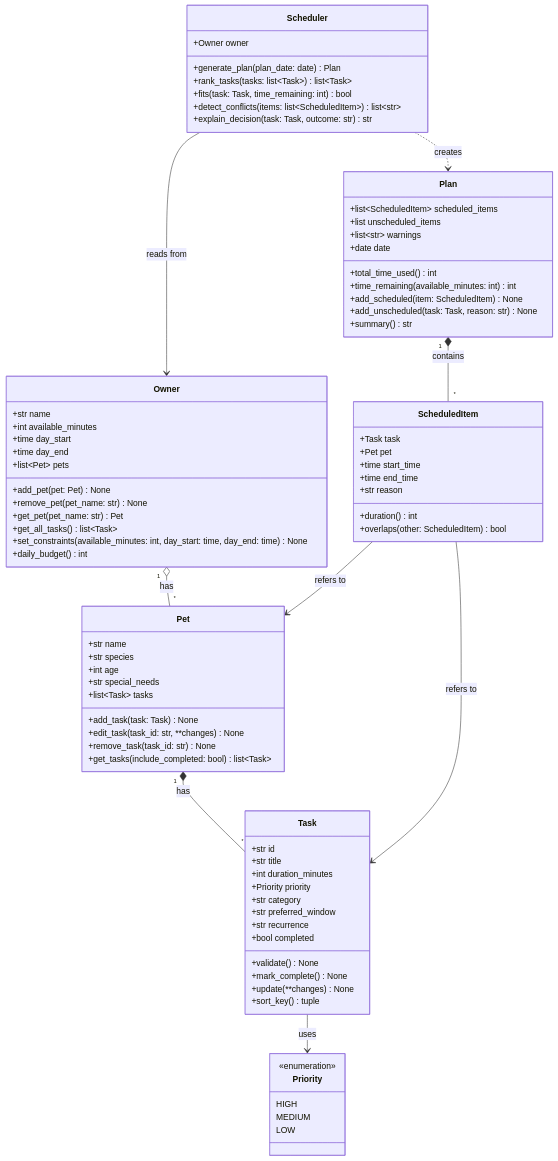
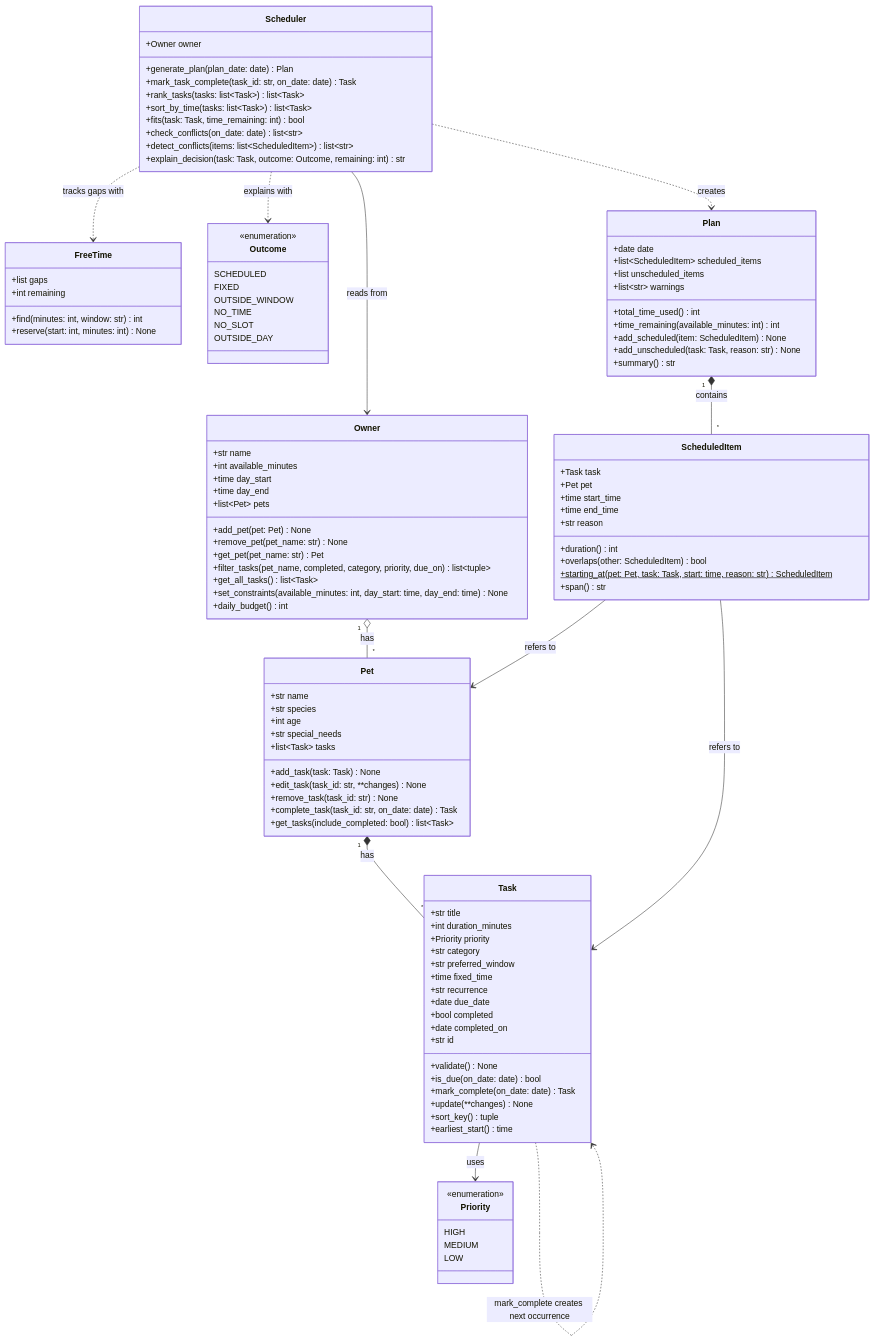
Before and after one commit to afeawoL/ai110-module2show-pawpal-starter: the diagram in diagrams/uml.mmd, drawn with Mermaid. The commit also changed 7 other files, not shown here.

```diff
--- a/diagrams/uml.mmd
+++ b/diagrams/uml.mmd
@@ -1,90 +1,122 @@
 classDiagram
     %% Keep this file updated so it matches your final implementation.
 
     class Owner {
         +str name
         +int available_minutes
         +time day_start
         +time day_end
         +list~Pet~ pets
         +add_pet(pet: Pet) None
         +remove_pet(pet_name: str) None
         +get_pet(pet_name: str) Pet
+        +filter_tasks(pet_name, completed, category, priority, due_on) list~tuple~
         +get_all_tasks() list~Task~
         +set_constraints(available_minutes: int, day_start: time, day_end: time) None
         +daily_budget() int
     }
 
     class Pet {
         +str name
         +str species
         +int age
         +str special_needs
         +list~Task~ tasks
         +add_task(task: Task) None
         +edit_task(task_id: str, **changes) None
         +remove_task(task_id: str) None
+        +complete_task(task_id: str, on_date: date) Task
         +get_tasks(include_completed: bool) list~Task~
     }
 
     class Task {
-        +str id
         +str title
         +int duration_minutes
         +Priority priority
         +str category
         +str preferred_window
+        +time fixed_time
         +str recurrence
+        +date due_date
         +bool completed
+        +date completed_on
+        +str id
         +validate() None
-        +mark_complete() None
+        +is_due(on_date: date) bool
+        +mark_complete(on_date: date) Task
         +update(**changes) None
         +sort_key() tuple
+        +earliest_start() time
     }
 
     class Priority {
         <<enumeration>>
         HIGH
         MEDIUM
         LOW
     }
 
     class Scheduler {
         +Owner owner
         +generate_plan(plan_date: date) Plan
+        +mark_task_complete(task_id: str, on_date: date) Task
         +rank_tasks(tasks: list~Task~) list~Task~
+        +sort_by_time(tasks: list~Task~) list~Task~
         +fits(task: Task, time_remaining: int) bool
+        +check_conflicts(on_date: date) list~str~
         +detect_conflicts(items: list~ScheduledItem~) list~str~
-        +explain_decision(task: Task, outcome: str) str
+        +explain_decision(task: Task, outcome: Outcome, remaining: int) str
     }
 
     class ScheduledItem {
         +Task task
         +Pet pet
         +time start_time
         +time end_time
         +str reason
         +duration() int
         +overlaps(other: ScheduledItem) bool
+        +starting_at(pet: Pet, task: Task, start: time, reason: str)$ ScheduledItem
+        +span() str
+    }
+
+    class FreeTime {
+        +list gaps
+        +int remaining
+        +find(minutes: int, window: str) int
+        +reserve(start: int, minutes: int) None
+    }
+
+    class Outcome {
+        <<enumeration>>
+        SCHEDULED
+        FIXED
+        OUTSIDE_WINDOW
+        NO_TIME
+        NO_SLOT
+        OUTSIDE_DAY
     }
 
     class Plan {
+        +date date
         +list~ScheduledItem~ scheduled_items
         +list unscheduled_items
         +list~str~ warnings
-        +date date
         +total_time_used() int
         +time_remaining(available_minutes: int) int
         +add_scheduled(item: ScheduledItem) None
         +add_unscheduled(task: Task, reason: str) None
         +summary() str
     }
 
     Owner "1" o-- "*" Pet : has
     Pet "1" *-- "*" Task : has
     Task --> Priority : uses
+    Task ..> Task : mark_complete creates next occurrence
     Scheduler --> Owner : reads from
     Scheduler ..> Plan : creates
+    Scheduler ..> FreeTime : tracks gaps with
+    Scheduler ..> Outcome : explains with
     Plan "1" *-- "*" ScheduledItem : contains
     ScheduledItem --> Task : refers to
     ScheduledItem --> Pet : refers to
```
